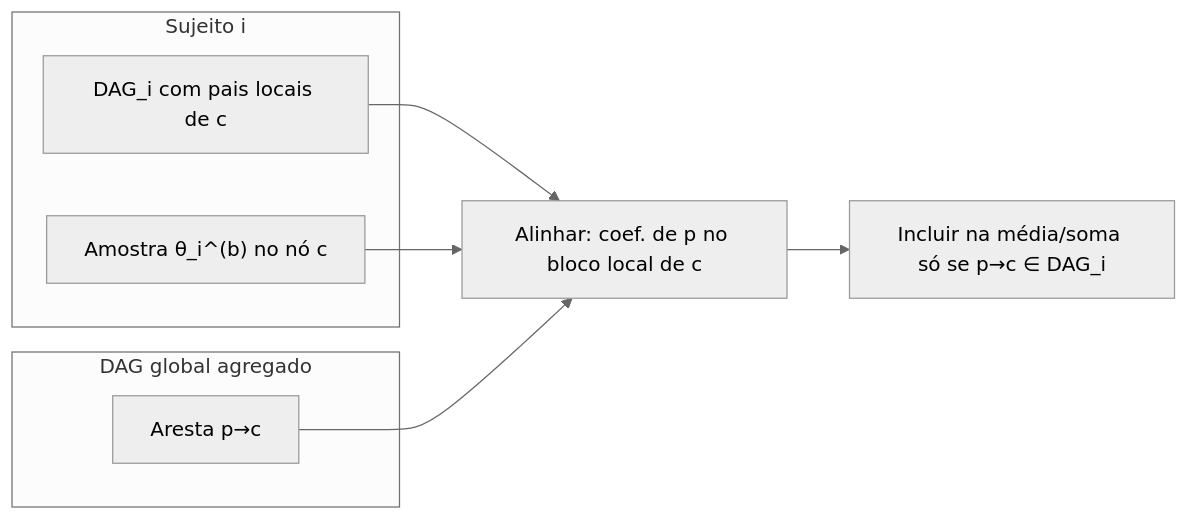
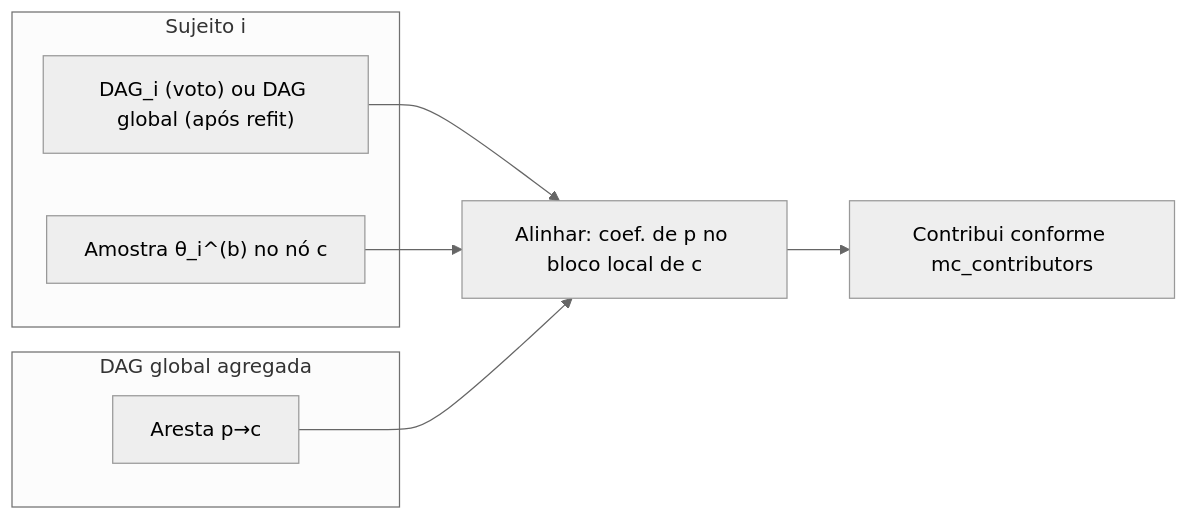
Before and after one commit to maods2/mdmp: the fourth of 4 diagrams in mdmp/group_analysis/is/aggregation_diagrams.md, drawn with Mermaid (neutral theme). The commit also changed other lines of this file and 22 other files, not shown here.

````diff
--- a/mdmp/group_analysis/is/aggregation_diagrams.md
+++ b/mdmp/group_analysis/is/aggregation_diagrams.md
@@ -111,16 +133,16 @@
 ```mermaid
 flowchart LR
   subgraph ind["Sujeito i"]
-    Gi["DAG_i com pais locais de c"]
+    Gi["DAG_i (voto) ou DAG global (após refit)"]
     Ti["Amostra θ_i^(b) no nó c"]
   end
 
-  subgraph glob["DAG global agregado"]
+  subgraph glob["DAG global agregada"]
     Gg["Aresta p→c"]
   end
 
   Gi --> Align["Alinhar: coef. de p no bloco local de c"]
   Ti --> Align
   Gg --> Align
-  Align --> M["Incluir na média/soma só se p→c ∈ DAG_i"]
+  Align --> M["Contribui conforme mc_contributors"]
 ```
````
